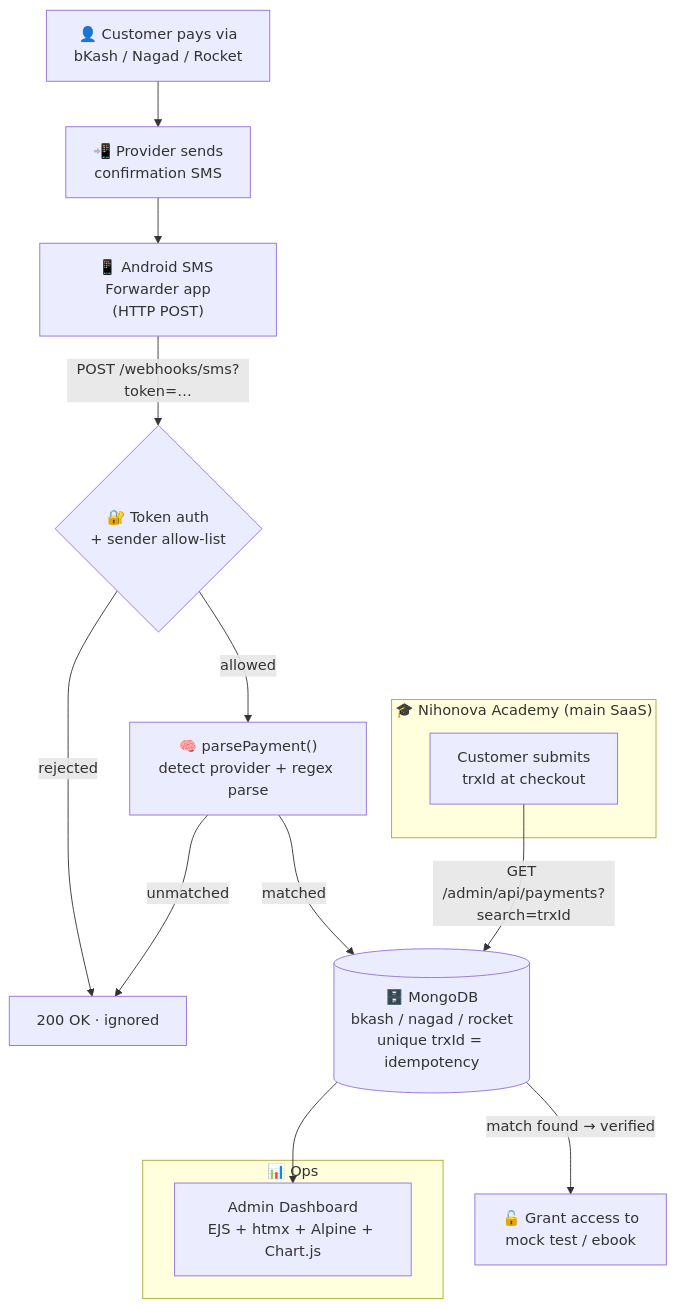
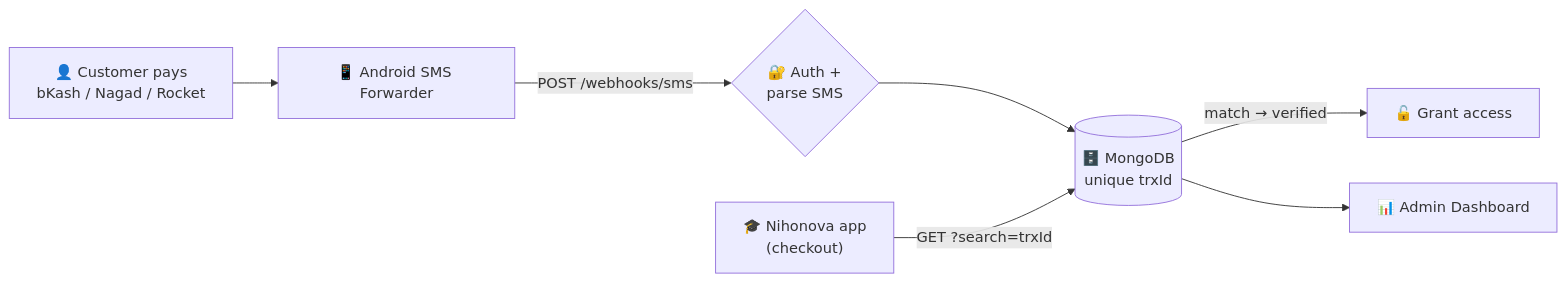
Before and after one commit to mrahmann0010/Nihonova-Payment-Gateway: the diagram in README.md, drawn with Mermaid. The commit also changed other lines of this file, not shown here.

````diff
--- a/README.md
+++ b/README.md
@@ -51,21 +22,9 @@
 ```mermaid
-flowchart TD
-    A["👤 Customer pays via<br/>bKash / Nagad / Rocket"] --> B["📲 Provider sends<br/>confirmation SMS"]
-    B --> C["📱 Android SMS Forwarder app<br/>(HTTP POST)"]
-    C -->|"POST /webhooks/sms?token=…"| D{"🔐 Token auth<br/>+ sender allow-list"}
-    D -->|allowed| E["🧠 parsePayment()<br/>detect provider + regex parse"]
-    D -->|rejected| X["200 OK · ignored"]
-    E -->|matched| F[("🗄️ MongoDB<br/>bkash / nagad / rocket<br/>unique trxId = idempotency")]
-    E -->|unmatched| X
-
-    subgraph MAIN ["🎓 Nihonova Academy (main SaaS)"]
-      G["Customer submits<br/>trxId at checkout"]
-    end
-    G -->|"GET /admin/api/payments?search=trxId"| F
-    F -->|"match found → verified"| H["🔓 Grant access to<br/>mock test / ebook"]
-
-    subgraph OPS ["📊 Ops"]
-      I["Admin Dashboard<br/>EJS + htmx + Alpine + Chart.js"]
-    end
-    F --> I
+flowchart LR
+    A["👤 Customer pays<br/>bKash / Nagad / Rocket"] --> B["📱 Android SMS Forwarder"]
+    B -->|"POST /webhooks/sms"| C{"🔐 Auth +<br/>parse SMS"}
+    C --> D[("🗄️ MongoDB<br/>unique trxId")]
+    E["🎓 Nihonova app<br/>(checkout)"] -->|"GET ?search=trxId"| D
+    D -->|"match → verified"| F["🔓 Grant access"]
+    D --> G["📊 Admin Dashboard"]
 ```
````
